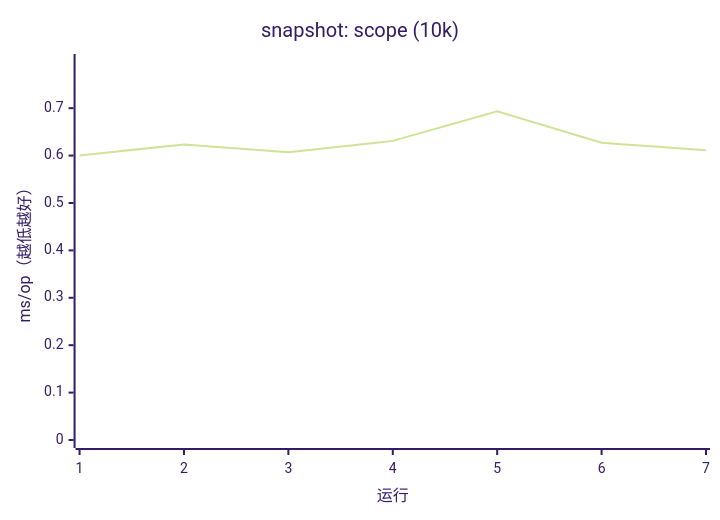
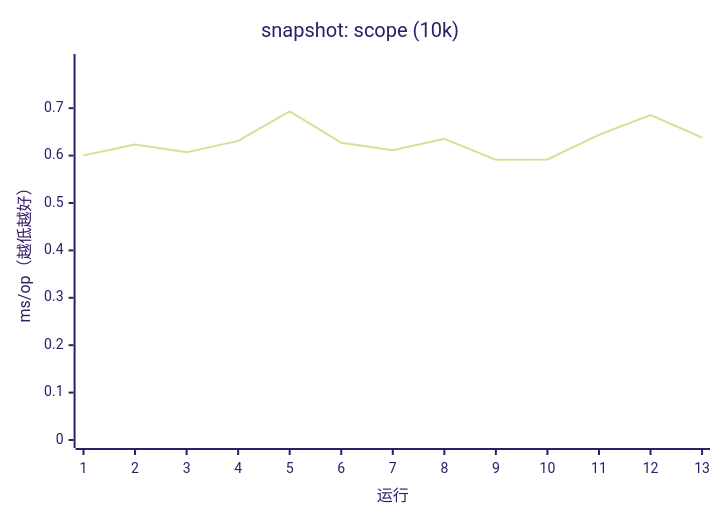
The third of 17 diagrams in apps/docs/src/content/docs/guides/benchmark.mdx (AIluffy/io), drawn with Mermaid (forest theme) before and after one commit. The commit also changed other lines of this file and 11 other files, not shown here.

````diff
--- a/apps/docs/src/content/docs/guides/benchmark.mdx
+++ b/apps/docs/src/content/docs/guides/benchmark.mdx
@@ -120,7 +207,7 @@
 ```mermaid
 xychart-beta
   title "snapshot: scope (10k)"
-  x-axis "运行" [1, 2, 3, 4, 5, 6, 7]
+  x-axis "运行" [1, 2, 3, 4, 5, 6, 7, 8, 9, 10, 11, 12, 13]
   y-axis "ms/op（越低越好）" 0 --> 0.7974
-  line [0.6004, 0.6234, 0.6068, 0.631, 0.6934, 0.627, 0.6114]
+  line [0.6004, 0.6234, 0.6068, 0.631, 0.6934, 0.627, 0.6114, 0.6352, 0.591, 0.5919, 0.6436, 0.6856, 0.638]
 ```
````
